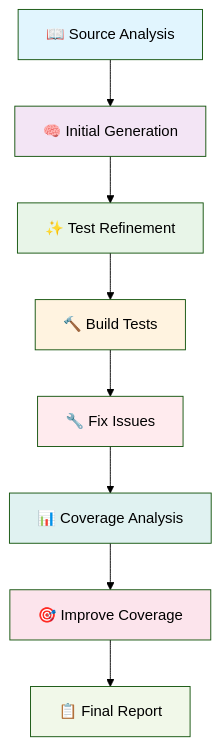
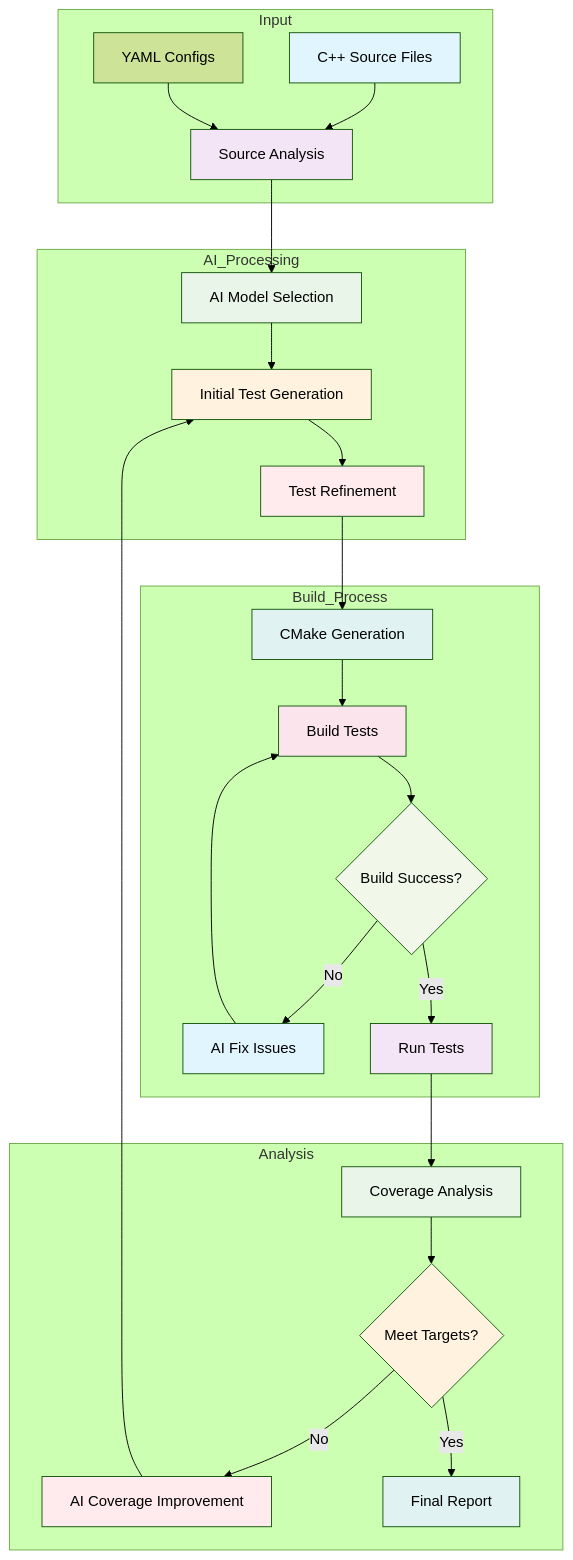
The first of 2 diagrams in README.md (alienx5499/cpp-ai-test-forge), drawn with Mermaid (forest theme) before and after one commit. The commit also changed other lines of this file, not shown here.

Commit message:
Enhance README.md with a quick overview, detailed test generation pipeline, troubleshooting section, and AI-powered testing features.

````diff
--- a/README.md
+++ b/README.md
@@ -107,19 +142,45 @@
 ```mermaid
 graph TD
-    A[📖 Source Analysis] --> B[🧠 Initial Generation]
-    B --> C[✨ Test Refinement]
-    C --> D[🔨 Build Tests]
-    D --> E[🔧 Fix Issues]
-    E --> F[📊 Coverage Analysis]
-    F --> G[🎯 Improve Coverage]
-    G --> H[📋 Final Report]
-    
+    subgraph Input
+        A[C++ Source Files] --> B[Source Analysis]
+        Y[YAML Configs] --> B
+    end
+
+    subgraph AI_Processing
+        B --> C[AI Model Selection]
+        C --> D[Initial Test Generation]
+        D --> E[Test Refinement]
+    end
+
+    subgraph Build_Process
+        E --> F[CMake Generation]
+        F --> G[Build Tests]
+        G --> H{Build Success?}
+        H -->|No| I[AI Fix Issues]
+        I --> G
+        H -->|Yes| J[Run Tests]
+    end
+
+    subgraph Analysis
+        J --> K[Coverage Analysis]
+        K --> L{Meet Targets?}
+        L -->|No| M[AI Coverage Improvement]
+        M --> D
+        L -->|Yes| N[Final Report]
+    end
+
     style A fill:#e1f5fe
     style B fill:#f3e5f5
     style C fill:#e8f5e8
     style D fill:#fff3e0
     style E fill:#ffebee
     style F fill:#e0f2f1
     style G fill:#fce4ec
     style H fill:#f1f8e9
+    style I fill:#e1f5fe
+    style J fill:#f3e5f5
+    style K fill:#e8f5e8
+    style L fill:#fff3e0
+    style M fill:#ffebee
+    style N fill:#e0f2f1
 ```
````
